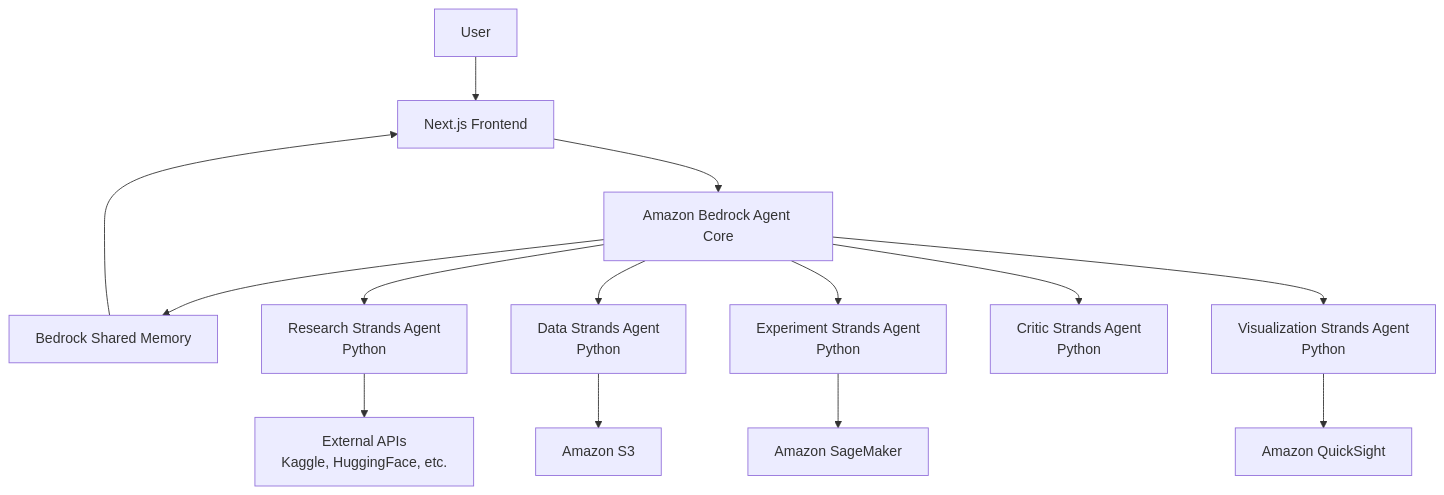
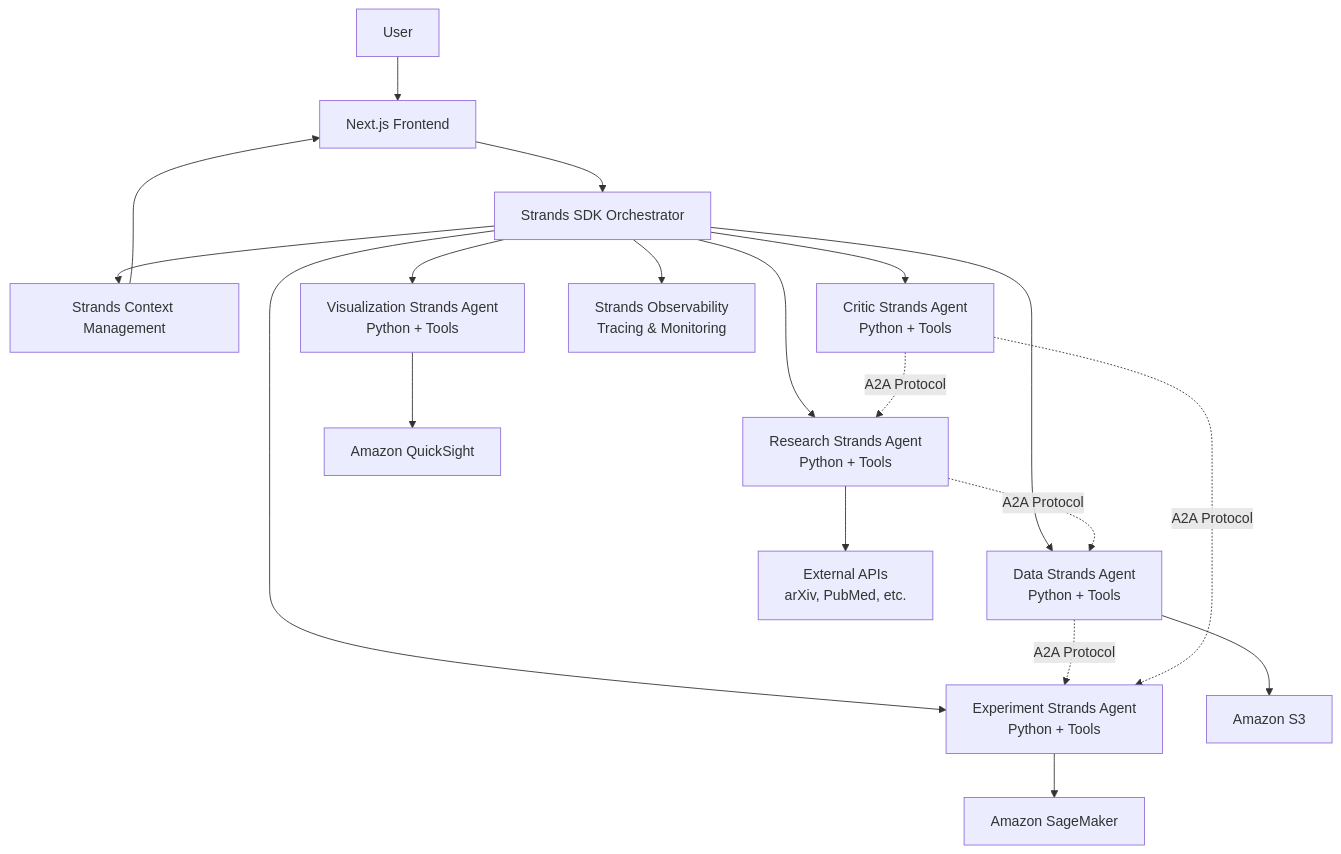
One commit to UkemeSkywalker/Ai-Scientist-Team changed the first of 2 diagrams in .kiro/specs/ai-scientist-team/design.md. Above: the diagram before and after it, drawn with Mermaid. The commit also changed other lines of this file and 14 other files, not shown here.

````diff
--- a/.kiro/specs/ai-scientist-team/design.md
+++ b/.kiro/specs/ai-scientist-team/design.md
@@ -13,21 +13,27 @@
 ```mermaid
 graph TB
     User[User] --> NextJS[Next.js Frontend]
-    NextJS --> BedrockCore[Amazon Bedrock Agent Core]
+    NextJS --> StrandsOrchestrator[Strands SDK Orchestrator]
     
-    BedrockCore --> SharedMemory[Bedrock Shared Memory]
+    StrandsOrchestrator --> StrandsContext[Strands Context Management]
     
-    BedrockCore --> ResearchAgent[Research Strands Agent<br/>Python]
-    BedrockCore --> DataAgent[Data Strands Agent<br/>Python]
-    BedrockCore --> ExperimentAgent[Experiment Strands Agent<br/>Python]
-    BedrockCore --> CriticAgent[Critic Strands Agent<br/>Python]
-    BedrockCore --> VizAgent[Visualization Strands Agent<br/>Python]
+    StrandsOrchestrator --> ResearchAgent[Research Strands Agent<br/>Python + Tools]
+    StrandsOrchestrator --> DataAgent[Data Strands Agent<br/>Python + Tools]
+    StrandsOrchestrator --> ExperimentAgent[Experiment Strands Agent<br/>Python + Tools]
+    StrandsOrchestrator --> CriticAgent[Critic Strands Agent<br/>Python + Tools]
+    StrandsOrchestrator --> VizAgent[Visualization Strands Agent<br/>Python + Tools]
+    
+    ResearchAgent -.->|A2A Protocol| DataAgent
+    DataAgent -.->|A2A Protocol| ExperimentAgent
+    CriticAgent -.->|A2A Protocol| ExperimentAgent
+    CriticAgent -.->|A2A Protocol| ResearchAgent
     
     DataAgent --> S3[Amazon S3]
     ExperimentAgent --> SageMaker[Amazon SageMaker]
     VizAgent --> QuickSight[Amazon QuickSight]
     
-    ResearchAgent --> APIs[External APIs<br/>Kaggle, HuggingFace, etc.]
+    ResearchAgent --> APIs[External APIs<br/>arXiv, PubMed, etc.]
     
-    SharedMemory --> NextJS
+    StrandsContext --> NextJS
+    StrandsOrchestrator --> StrandsObservability[Strands Observability<br/>Tracing & Monitoring]
 ```
````
